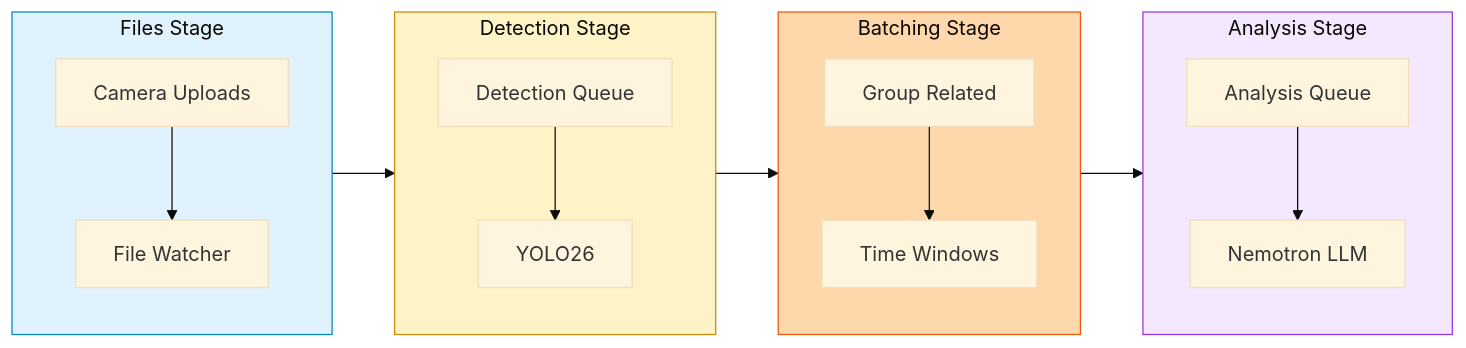
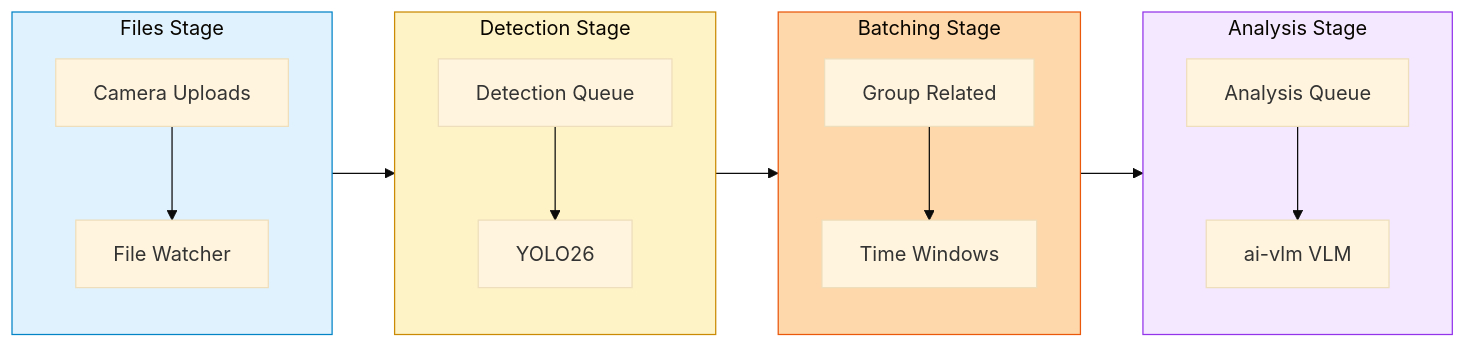
Before and after one commit to mikesvoboda/nemotron-v3-home-security-intelligence: the first of 2 diagrams in docs/ui/operations.md, drawn with Mermaid (base theme). The commit also changed other lines of this file and 231 other files, not shown here.

````diff
--- a/docs/ui/operations.md
+++ b/docs/ui/operations.md
@@ -31,33 +31,33 @@
 ```mermaid
 flowchart LR
     subgraph Files["Files Stage"]
         F1[Camera Uploads]
         F2[File Watcher]
         F1 --> F2
     end
 
     subgraph Detect["Detection Stage"]
         D1[Detection Queue]
         D2[YOLO26]
         D1 --> D2
     end
 
     subgraph Batch["Batching Stage"]
         B1[Group Related]
         B2[Time Windows]
         B1 --> B2
     end
 
     subgraph Analyze["Analysis Stage"]
         A1[Analysis Queue]
-        A2[Nemotron LLM]
+        A2[ai-vlm VLM]
         A1 --> A2
     end
 
     Files --> Detect --> Batch --> Analyze
 
     style Files fill:#e0f2fe,stroke:#0284c7
     style Detect fill:#fef3c7,stroke:#ca8a04
     style Batch fill:#fed7aa,stroke:#ea580c
     style Analyze fill:#f3e8ff,stroke:#9333ea
 ```
````
